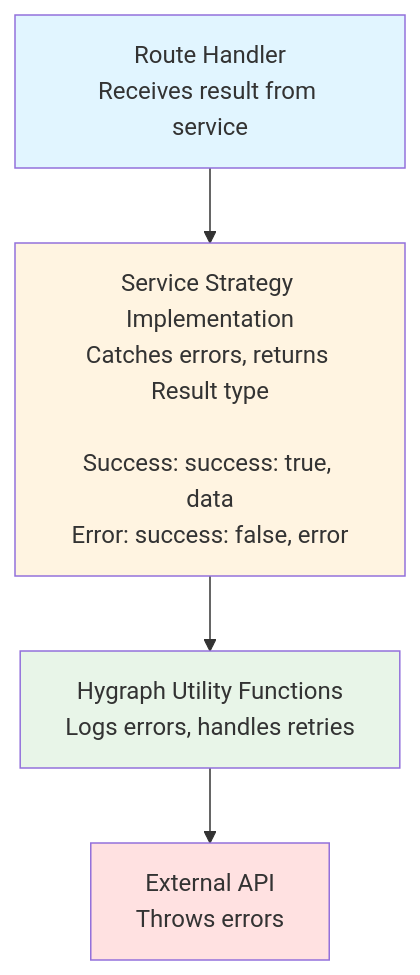
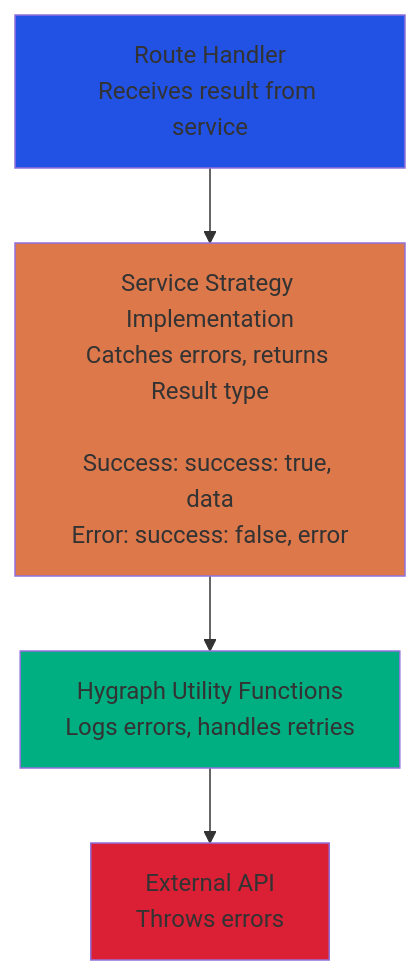
The sixth of 9 diagrams in ARCHITECTURE_DIAGRAMS.md (ikbenbas/mijnnaamisbas), drawn with Mermaid before and after one commit. The commit also changed other lines of this file, not shown here.

````diff
--- a/ARCHITECTURE_DIAGRAMS.md
+++ b/ARCHITECTURE_DIAGRAMS.md
@@ -220,16 +220,16 @@
 ```mermaid
 flowchart TD
     RouteHandler[Route Handler<br/>Receives result from service]
     Strategy[Service Strategy Implementation<br/>Catches errors, returns Result type<br/><br/>Success: success: true, data<br/>Error: success: false, error]
     Utils[Hygraph Utility Functions<br/>Logs errors, handles retries]
     API[External API<br/>Throws errors]
 
     RouteHandler --> Strategy
     Strategy --> Utils
     Utils --> API
 
-    style RouteHandler fill:#e1f5ff
-    style Strategy fill:#fff4e1
-    style Utils fill:#e8f5e8
-    style API fill:#ffe1e1
+    style RouteHandler fill:#2252e4
+    style Strategy fill:#dd784b
+    style Utils fill:#00af81
+    style API fill:#db1f35
 ```
````
